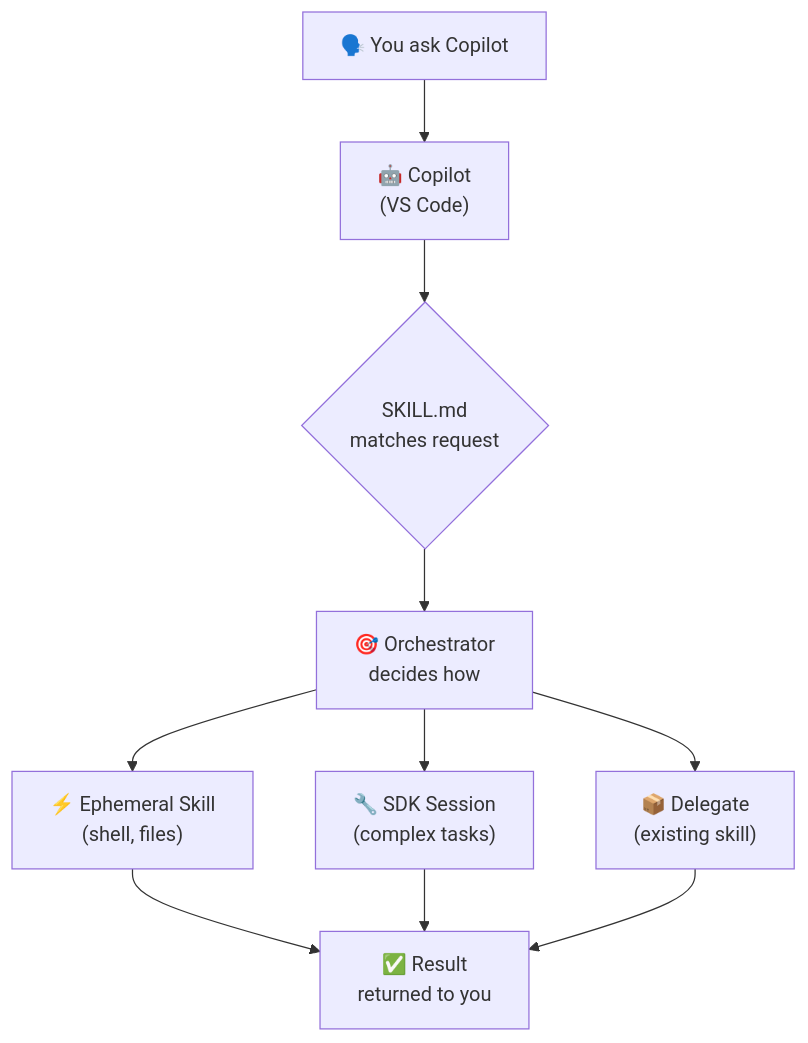
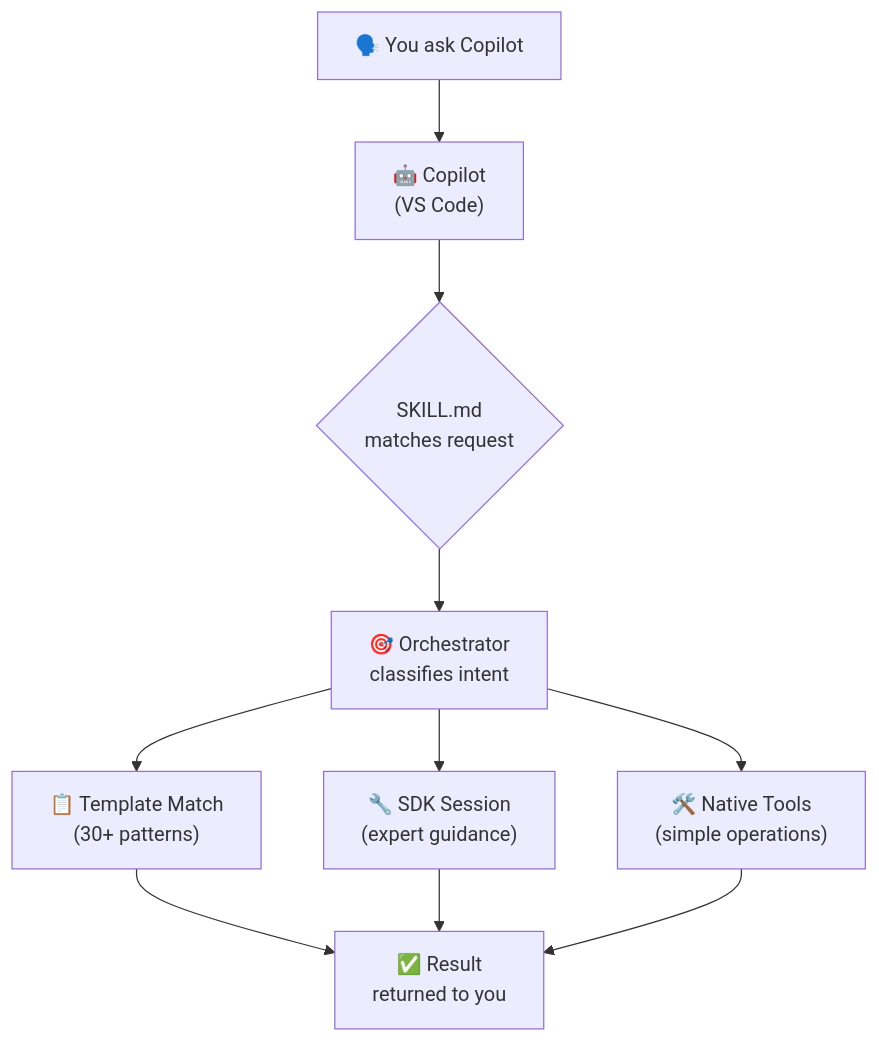
One commit to samueltauil/skills-hub changed the second of 3 diagrams in README.md. Above: the diagram before and after it, drawn with Mermaid. The commit also changed other lines of this file and 2 other files, not shown here.

Commit message:
Update SKILL.md and orchestrator.py: Refine skill descriptions, clarify operation handling, and enhance documentation for improved user understanding

````diff
--- a/README.md
+++ b/README.md
@@ -49,14 +50,14 @@
 ```mermaid
 flowchart TD
     A["🗣️ You ask Copilot"] --> B["🤖 Copilot<br/>(VS Code)"]
     B --> C{"SKILL.md<br/>matches request"}
-    C --> D["🎯 Orchestrator<br/>decides how"]
+    C --> D["🎯 Orchestrator<br/>classifies intent"]
     
-    D --> E["⚡ Ephemeral Skill<br/>(shell, files)"]
-    D --> F["🔧 SDK Session<br/>(complex tasks)"]
-    D --> G["📦 Delegate<br/>(existing skill)"]
+    D --> E["📋 Template Match<br/>(30+ patterns)"]
+    D --> F["🔧 SDK Session<br/>(expert guidance)"]
+    D --> G["🛠️ Native Tools<br/>(simple operations)"]
     
     E --> H["✅ Result<br/>returned to you"]
     F --> H
     G --> H
 ```
````
